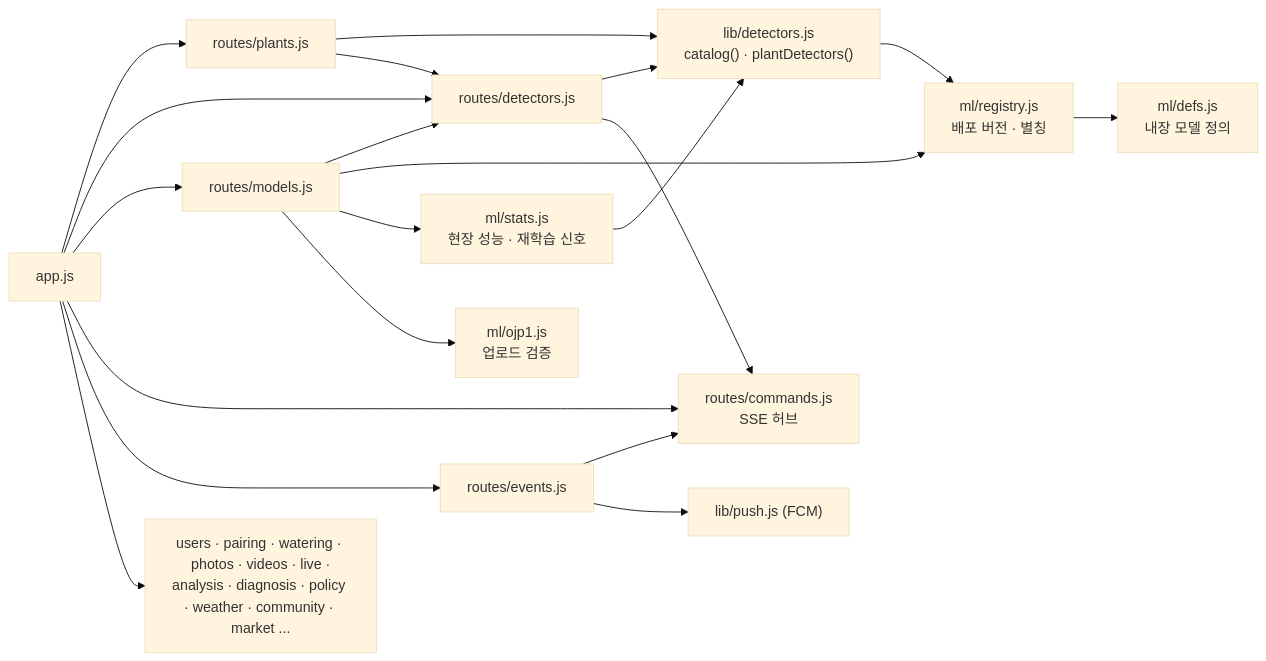
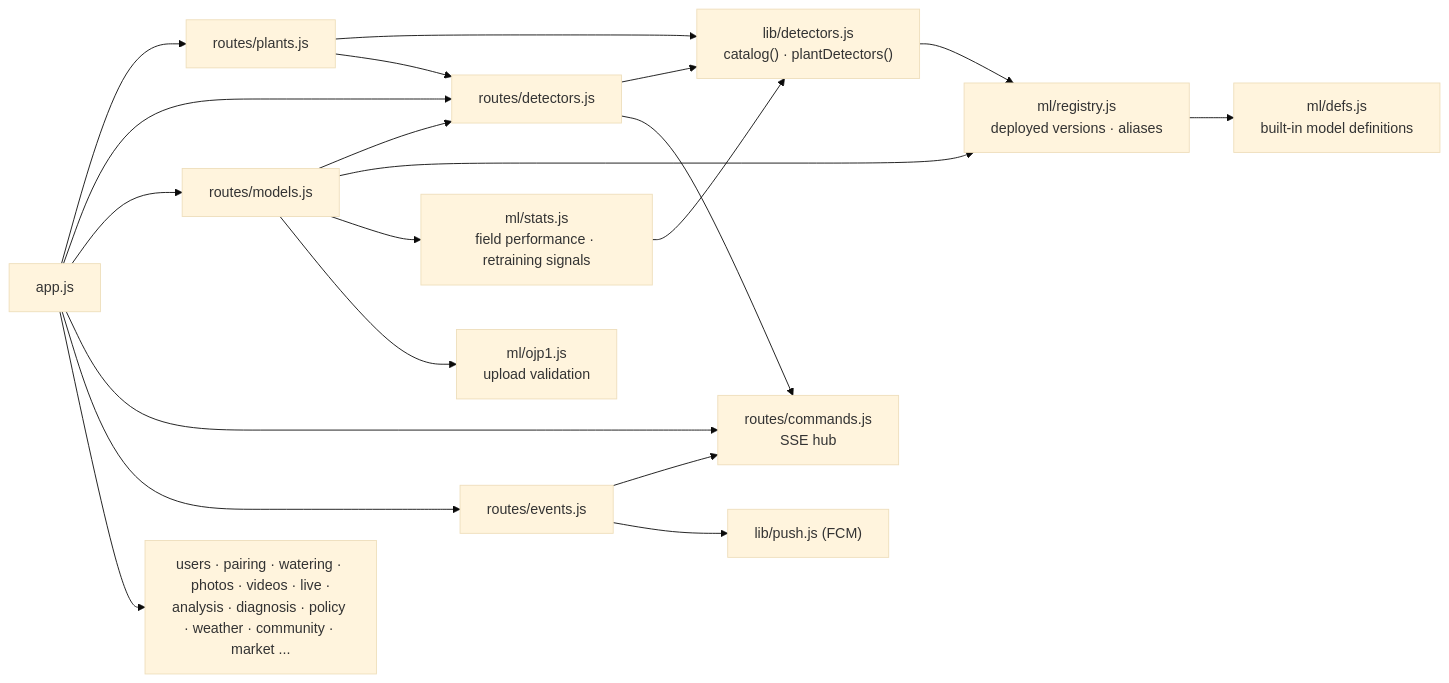
Before and after one commit to chungbrain/OOJOO-FARM: the fourth of 16 diagrams in docs/code-graph/README.md, drawn with Mermaid (base theme). The commit also changed other lines of this file and 7 other files, not shown here.

First line of the commit message:
docs: English code graph as default, Korean in *_kor.md

````diff
--- a/docs/code-graph/README.md
+++ b/docs/code-graph/README.md
@@ -123,23 +123,23 @@
 ```mermaid
 flowchart LR
   APP["app.js"] --> R1["routes/plants.js"]
   APP --> R2["routes/detectors.js"]
   APP --> R3["routes/models.js"]
-  APP --> R4["routes/commands.js<br/>SSE 허브"]
+  APP --> R4["routes/commands.js<br/>SSE hub"]
   APP --> R5["routes/events.js"]
   APP --> RX["users · pairing · watering · photos · videos · live ·<br/>analysis · diagnosis · policy · weather · community · market ..."]
 
   R1 --> LD["lib/detectors.js<br/>catalog() · plantDetectors()"]
   R2 --> LD
   R2 --> R4
   R1 --> R2
   R3 --> R2
-  R3 --> REGB["ml/registry.js<br/>배포 버전 · 별칭"]
-  R3 --> ST["ml/stats.js<br/>현장 성능 · 재학습 신호"]
-  R3 --> OJ["ml/ojp1.js<br/>업로드 검증"]
+  R3 --> REGB["ml/registry.js<br/>deployed versions · aliases"]
+  R3 --> ST["ml/stats.js<br/>field performance · retraining signals"]
+  R3 --> OJ["ml/ojp1.js<br/>upload validation"]
   LD --> REGB
   ST --> LD
-  REGB --> DEFS["ml/defs.js<br/>내장 모델 정의"]
+  REGB --> DEFS["ml/defs.js<br/>built-in model definitions"]
   R5 --> R4
   R5 --> PUSH["lib/push.js (FCM)"]
 ```
````
